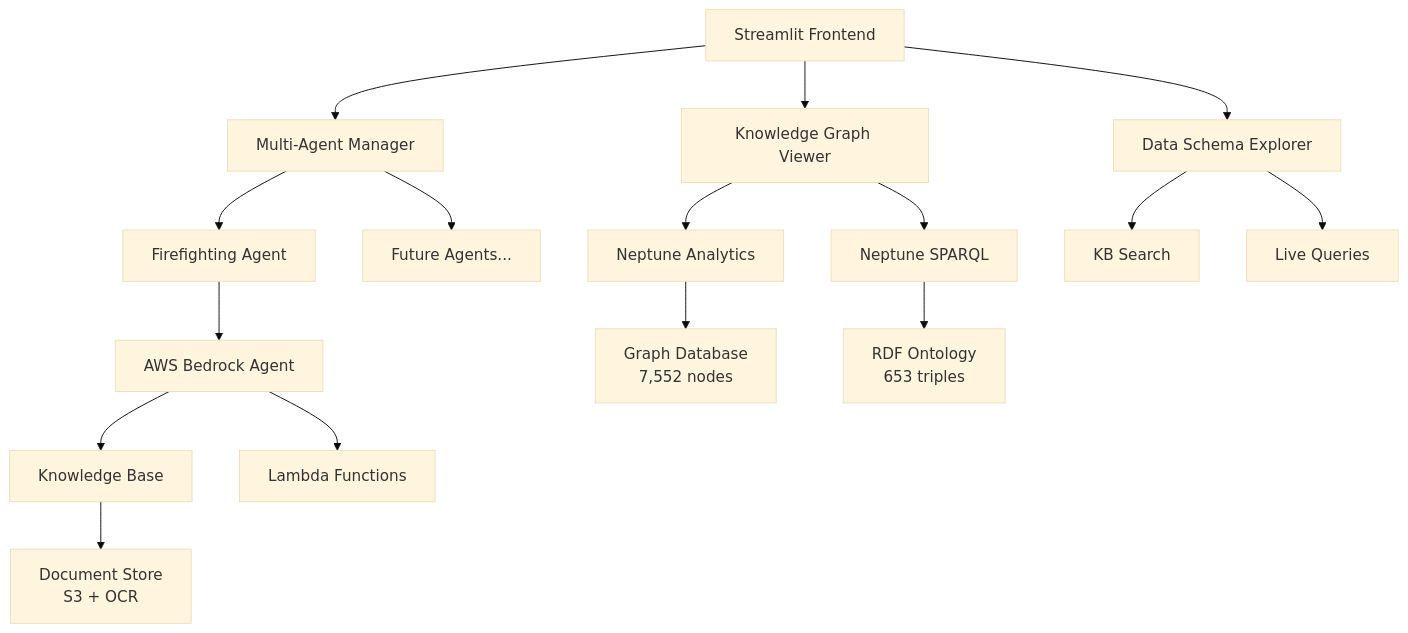
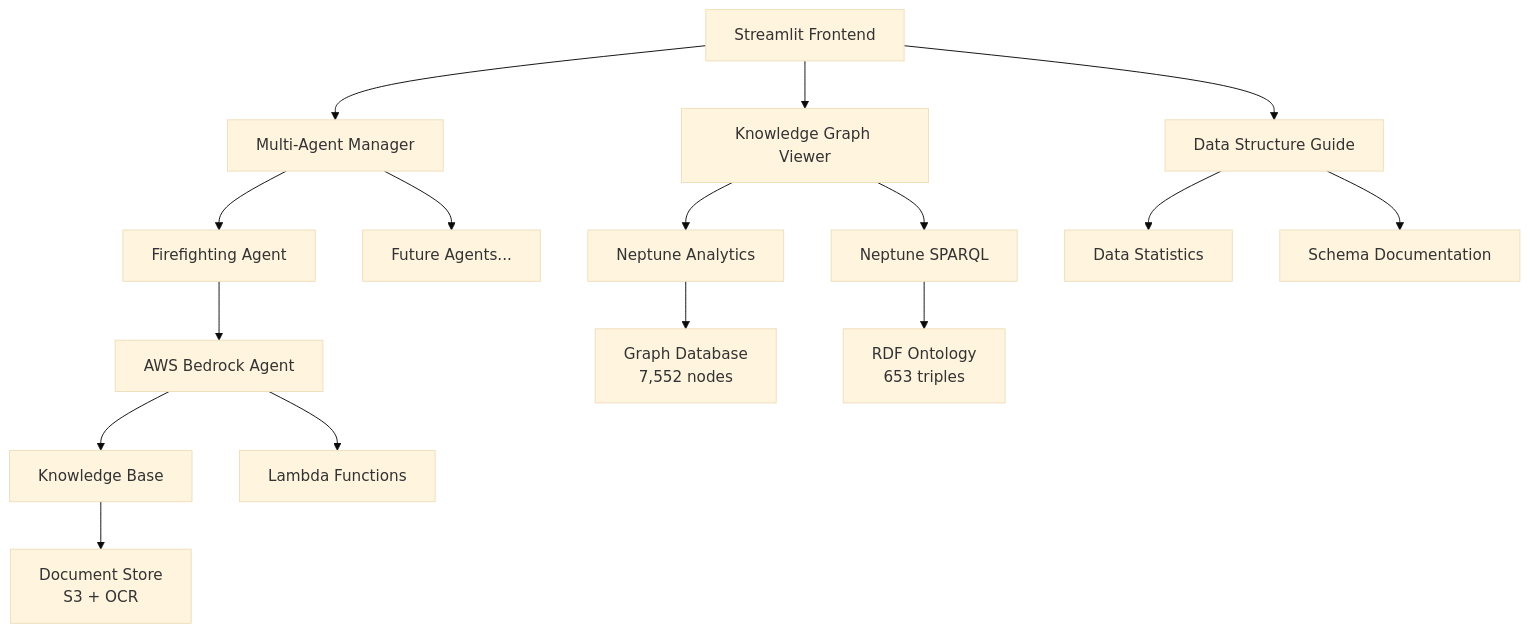
The diagram in README-ko.md (mulggo/shi-graphrag-chatbot), drawn with Mermaid (base theme) before and after one commit. The commit also changed other lines of this file and 1 other file, not shown here.

First line of the commit message:
docs: README 아키텍처 다이어그램 및 Data Structure Guide 설명 업데이트

````diff
--- a/README-ko.md
+++ b/README-ko.md
@@ -36,22 +36,22 @@
 ```mermaid
 graph TB
     A[Streamlit Frontend] --> B[Multi-Agent Manager]
     B --> C[Firefighting Agent]
     B --> D[Future Agents...]
     
     A --> E[Knowledge Graph Viewer]
     E --> F[Neptune Analytics]
     E --> G[Neptune SPARQL]
     
-    A --> H[Data Schema Explorer]
-    H --> I[KB Search]
-    H --> J[Live Queries]
+    A --> H[Data Structure Guide]
+    H --> I[Data Statistics]
+    H --> J[Schema Documentation]
     
     C --> K[AWS Bedrock Agent]
     K --> L[Knowledge Base]
     K --> M[Lambda Functions]
     
     F --> N[Graph Database<br/>7,552 nodes]
     G --> O[RDF Ontology<br/>653 triples]
     L --> P[Document Store<br/>S3 + OCR]
 ```
````
